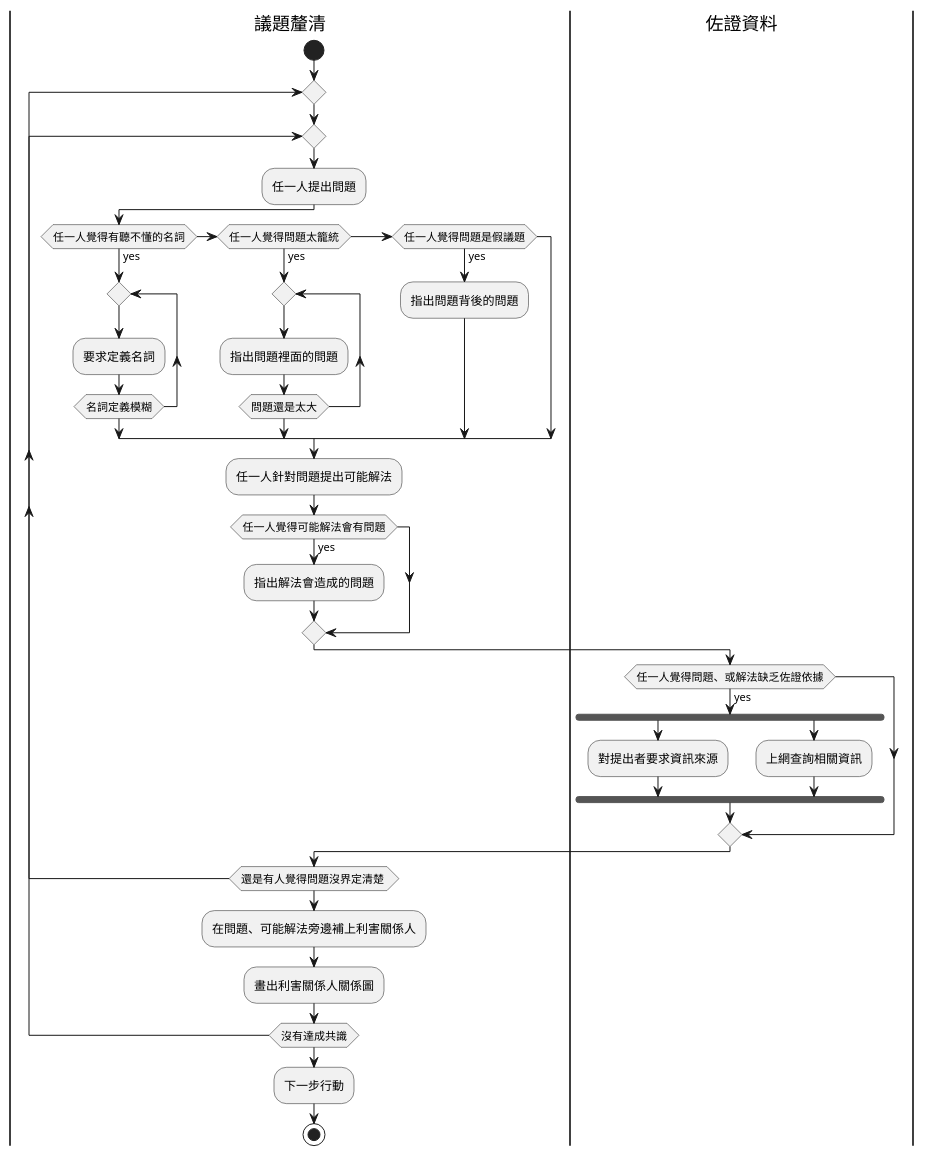
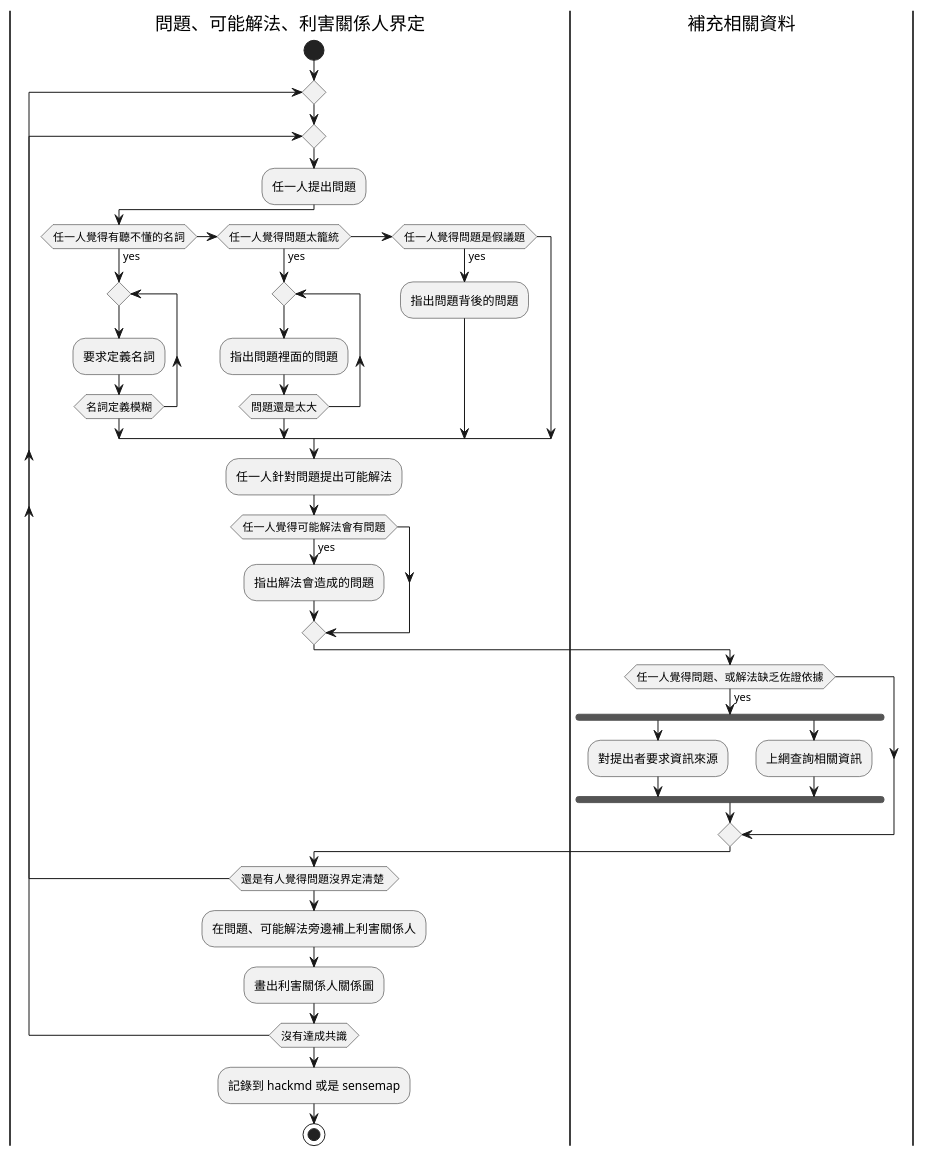
Before and after one commit to SenseTW/ArrTMDReport: the diagram in report2/README.org, drawn with PlantUML. The commit also changed other lines of this file and 2 other files, not shown here.

```diff
--- a/report2/README.org
+++ b/report2/README.org
@@ -77,37 +120,37 @@
      #+BEGIN_SRC plantuml :file problem_idenity_flow.png
-       |議題釐清|
+       |問題、可能解法、利害關係人界定|
        start
        repeat
           repeat
           :任一人提出問題;
           if (任一人覺得有聽不懂的名詞) then (yes)
              repeat
              :要求定義名詞;
              repeat while (名詞定義模糊)
           else if (任一人覺得問題太籠統) then (yes)
               repeat
               :指出問題裡面的問題;
               repeat while (問題還是太大)
           elseif (任一人覺得問題是假議題) then (yes)
               :指出問題背後的問題;
           endif
           :任一人針對問題提出可能解法;
           if (任一人覺得可能解法會有問題) then (yes)
               :指出解法會造成的問題;
           endif
-      |佐證資料|
+      |補充相關資料|
           if (任一人覺得問題、或解法缺乏佐證依據) then (yes)
               fork
                   :對提出者要求資訊來源;
               fork again
                   :上網查詢相關資訊;
               end fork
           endif
-       |議題釐清|
+       |問題、可能解法、利害關係人界定|
           repeat while (還是有人覺得問題沒界定清楚 )
        :在問題、可能解法旁邊補上利害關係人;
        :畫出利害關係人關係圖;
        repeat while (沒有達成共識)
-       :下一步行動;
+       :記錄到 hackmd 或是 sensemap;
        stop
      #+END_SRC
```
